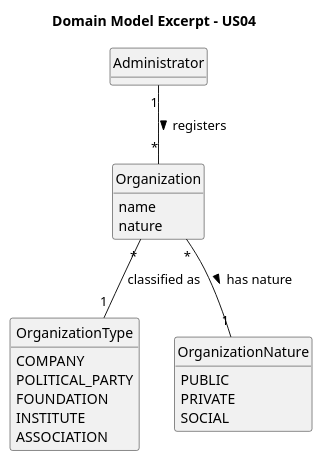
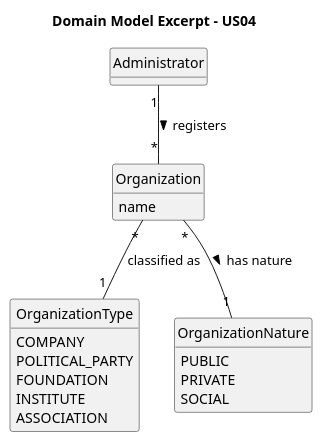
The diagram in docs/system-documentation/US04/02.analysis/puml/US04-DM.puml (brunodspinto/crystal-clear-platform), drawn with PlantUML before and after one commit. The commit also changed 3 other files, not shown here.

```diff
--- a/docs/system-documentation/US04/02.analysis/puml/US04-DM.puml
+++ b/docs/system-documentation/US04/02.analysis/puml/US04-DM.puml
@@ -1,39 +1,38 @@
 @startuml
 skinparam monochrome true
 skinparam packageStyle rectangle
 skinparam shadowing false
 skinparam classAttributeIconSize 0
 
 hide circle
 hide methods
 
 title Domain Model Excerpt - US04
 
 class Administrator {
 }
 
 class Organization {
     name
-    nature
 }
 
 enum OrganizationType {
     COMPANY
     POLITICAL_PARTY
     FOUNDATION
     INSTITUTE
     ASSOCIATION
 }
 
 enum OrganizationNature {
     PUBLIC
     PRIVATE
     SOCIAL
 }
 
 Administrator "1" -- "*" Organization : registers >
 
 Organization "*" -- "1" OrganizationType : classified as
 Organization "*" -- "1" OrganizationNature : has nature >
 
 @enduml
```
